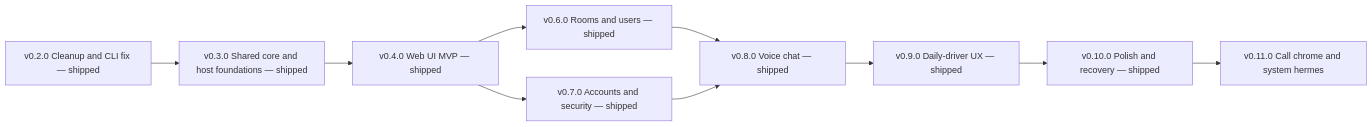
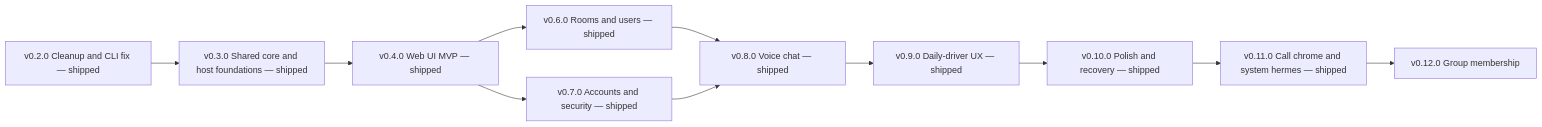
Before and after one commit to ahyibrahim/hermes-be: the diagram in docs/ROADMAP.md, drawn with Mermaid. The commit also changed other lines of this file and 2 other files, not shown here.

First line of the commit message:
Lock v0.12.0: group membership (invite and who-can-see).

````diff
--- a/docs/ROADMAP.md
+++ b/docs/ROADMAP.md
@@ -109,12 +110,13 @@
 ```mermaid
 graph LR
   v02[v0.2.0 Cleanup and CLI fix — shipped] --> v03[v0.3.0 Shared core and host foundations — shipped]
   v03 --> v04[v0.4.0 Web UI MVP — shipped]
   v04 --> v06[v0.6.0 Rooms and users — shipped]
   v04 --> v07[v0.7.0 Accounts and security — shipped]
   v06 --> v08[v0.8.0 Voice chat — shipped]
   v07 --> v08
   v08 --> v09[v0.9.0 Daily-driver UX — shipped]
   v09 --> v10[v0.10.0 Polish and recovery — shipped]
-  v10 --> v11[v0.11.0 Call chrome and system hermes]
+  v10 --> v11[v0.11.0 Call chrome and system hermes — shipped]
+  v11 --> v12[v0.12.0 Group membership]
 ```
````
